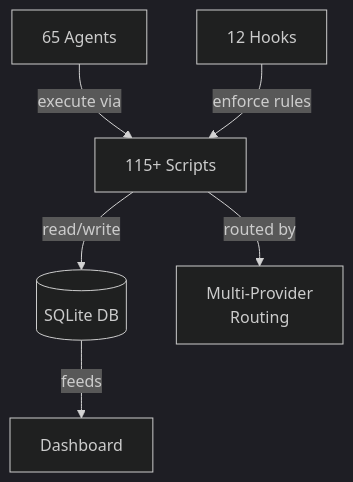
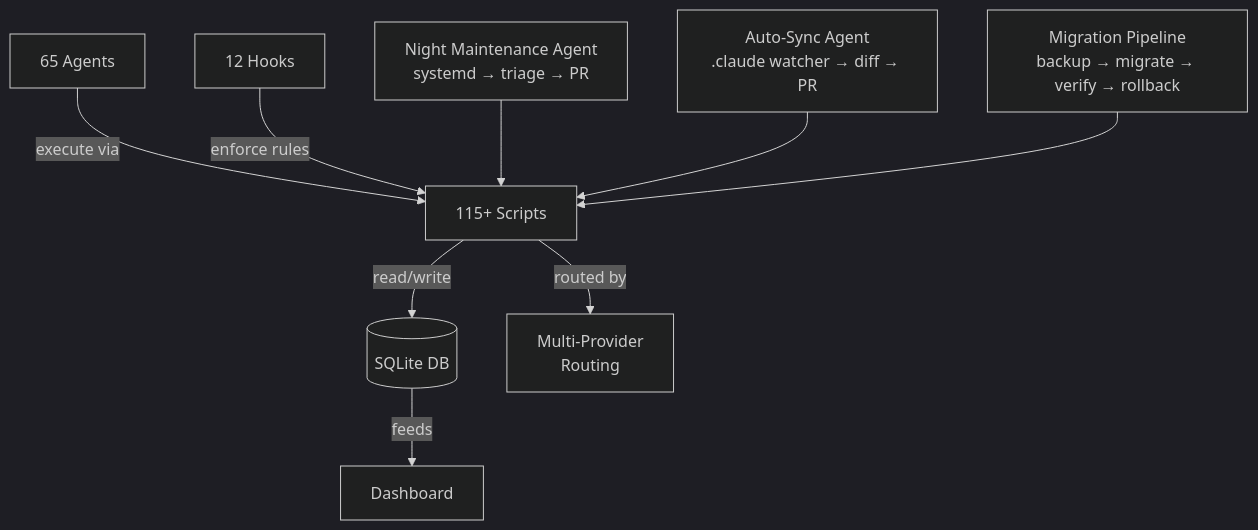
The first of 4 diagrams in docs/infrastructure.md (Roberdan/MyConvergio), drawn with Mermaid (dark theme) before and after one commit. The commit also changed other lines of this file and 11 other files, not shown here.

First line of the commit message:
docs: update mermaid diagrams for v11.0.0

````diff
--- a/docs/infrastructure.md
+++ b/docs/infrastructure.md
@@ -5,8 +5,11 @@
 ```mermaid
 graph TD
     AG[65 Agents] -->|execute via| SC[115+ Scripts]
     SC -->|read/write| DB[(SQLite DB)]
     HK[12 Hooks] -->|enforce rules| SC
     DB -->|feeds| DM[Dashboard]
     SC -->|routed by| MP[Multi-Provider<br/>Routing]
+    NM[Night Maintenance Agent<br/>systemd → triage → PR] --> SC
+    AS[Auto-Sync Agent<br/>.claude watcher → diff → PR] --> SC
+    MG[Migration Pipeline<br/>backup → migrate → verify → rollback] --> SC
 ```
````
